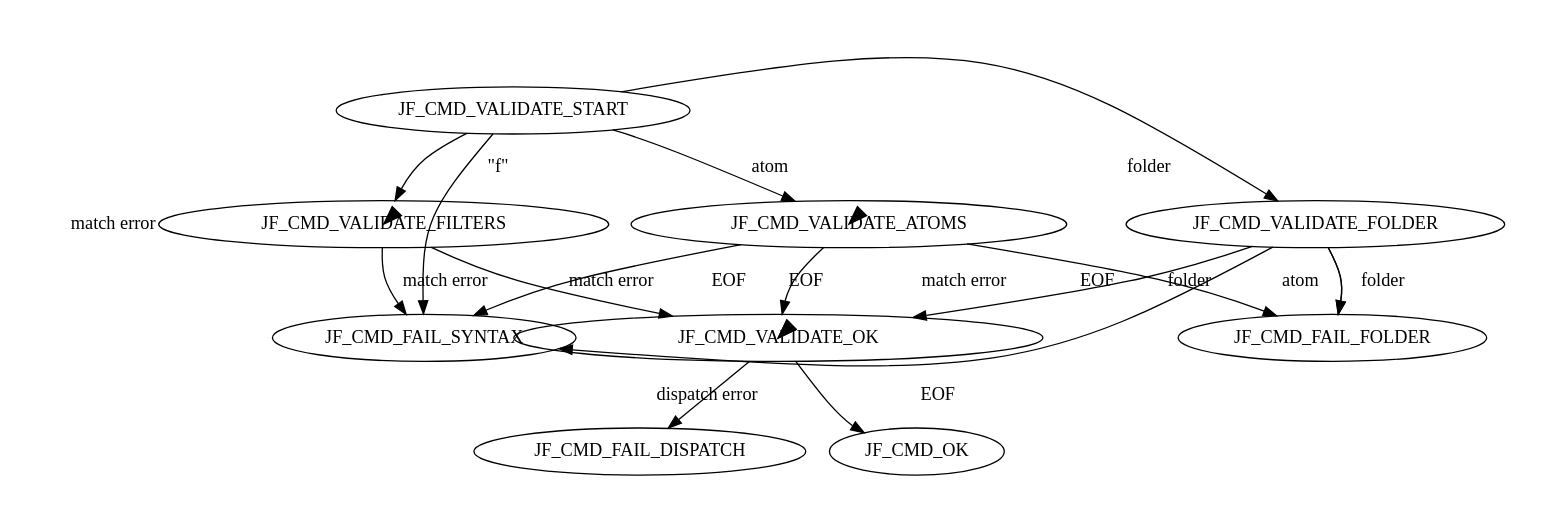
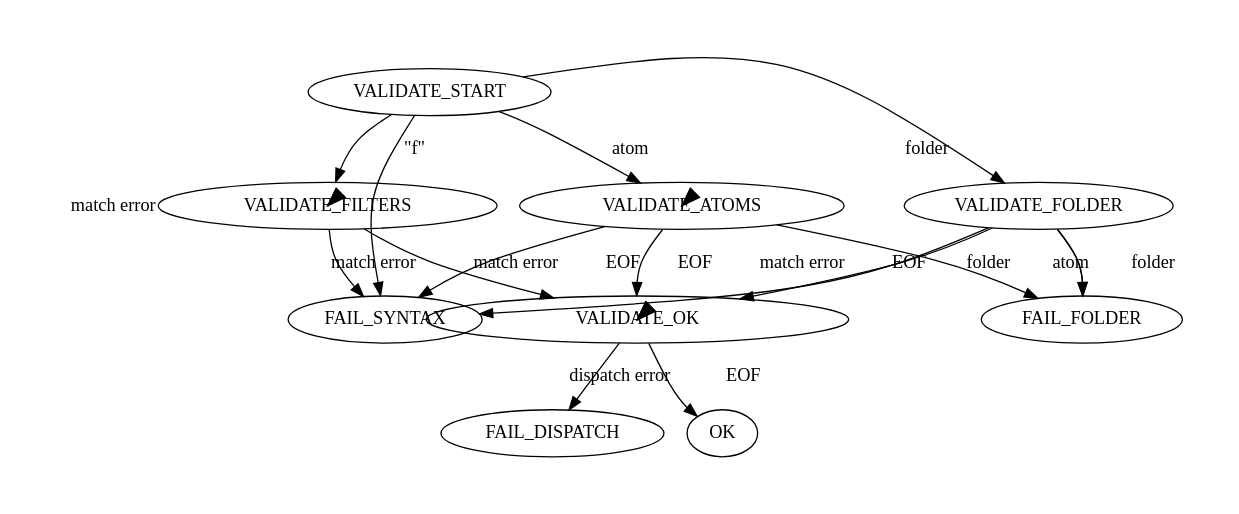
The diagram in docs/command_state_machine.gv (Aanok/jftui), drawn with Graphviz before and after one commit. The commit also changed 6 other files, not shown here.

```diff
--- a/docs/command_state_machine.gv
+++ b/docs/command_state_machine.gv
@@ -1,36 +1,36 @@
 digraph "Command Parser State Machine" {
     pad=0.5
     overlap=false
     sep=10
     splines=curved
 
     // filters
-    JF_CMD_VALIDATE_START -> JF_CMD_VALIDATE_FILTERS [label="\"f\""] 
-    JF_CMD_VALIDATE_FILTERS -> JF_CMD_VALIDATE_FILTERS [label="filter"]
-    JF_CMD_VALIDATE_FILTERS -> JF_CMD_VALIDATE_OK [label="EOF"]
-    JF_CMD_VALIDATE_FILTERS -> JF_CMD_FAIL_SYNTAX [label="match error"]
+    VALIDATE_START -> VALIDATE_FILTERS [label="\"f\""] 
+    VALIDATE_FILTERS -> VALIDATE_FILTERS [label="filter"]
+    VALIDATE_FILTERS -> VALIDATE_OK [label="EOF"]
+    VALIDATE_FILTERS -> FAIL_SYNTAX [label="match error"]
 
     // folder
-    JF_CMD_VALIDATE_START -> JF_CMD_VALIDATE_FOLDER [label="folder"]
-    JF_CMD_VALIDATE_FOLDER -> JF_CMD_FAIL_FOLDER [label="folder"]
-    JF_CMD_VALIDATE_FOLDER -> JF_CMD_FAIL_FOLDER [label="atom"]
-    JF_CMD_VALIDATE_FOLDER -> JF_CMD_VALIDATE_OK [label="EOF"]
-    JF_CMD_VALIDATE_FOLDER -> JF_CMD_FAIL_SYNTAX [label="match error"]
+    VALIDATE_START -> VALIDATE_FOLDER [label="folder"]
+    VALIDATE_FOLDER -> FAIL_FOLDER [label="folder"]
+    VALIDATE_FOLDER -> FAIL_FOLDER [label="atom"]
+    VALIDATE_FOLDER -> VALIDATE_OK [label="EOF"]
+    VALIDATE_FOLDER -> FAIL_SYNTAX [label="match error"]
 
     // atoms
-    JF_CMD_VALIDATE_START -> JF_CMD_VALIDATE_ATOMS [label="atom"]
-    JF_CMD_VALIDATE_ATOMS -> JF_CMD_VALIDATE_ATOMS [label="atom"]
-    JF_CMD_VALIDATE_ATOMS -> JF_CMD_FAIL_FOLDER [label="folder"]
-    JF_CMD_VALIDATE_ATOMS -> JF_CMD_VALIDATE_OK [label="EOF"]
-    JF_CMD_VALIDATE_ATOMS -> JF_CMD_FAIL_SYNTAX [label="match error"]
+    VALIDATE_START -> VALIDATE_ATOMS [label="atom"]
+    VALIDATE_ATOMS -> VALIDATE_ATOMS [label="atom"]
+    VALIDATE_ATOMS -> FAIL_FOLDER [label="folder"]
+    VALIDATE_ATOMS -> VALIDATE_OK [label="EOF"]
+    VALIDATE_ATOMS -> FAIL_SYNTAX [label="match error"]
 
     // dispatch
-    JF_CMD_VALIDATE_OK -> JF_CMD_VALIDATE_OK [label="filter"]
-    JF_CMD_VALIDATE_OK -> JF_CMD_VALIDATE_OK [label="folder"]
-    JF_CMD_VALIDATE_OK -> JF_CMD_VALIDATE_OK [label="atom"]
-    JF_CMD_VALIDATE_OK -> JF_CMD_FAIL_DISPATCH [label="dispatch error"]
-    JF_CMD_VALIDATE_OK -> JF_CMD_OK [label="EOF"]
+    VALIDATE_OK -> VALIDATE_OK [label="filter"]
+    VALIDATE_OK -> VALIDATE_OK [label="folder"]
+    VALIDATE_OK -> VALIDATE_OK [label="atom"]
+    VALIDATE_OK -> FAIL_DISPATCH [label="dispatch error"]
+    VALIDATE_OK -> OK [label="EOF"]
     
     // misc
-    JF_CMD_VALIDATE_START -> JF_CMD_FAIL_SYNTAX [label="match error"]
+    VALIDATE_START -> FAIL_SYNTAX [label="match error"]
 }
```
